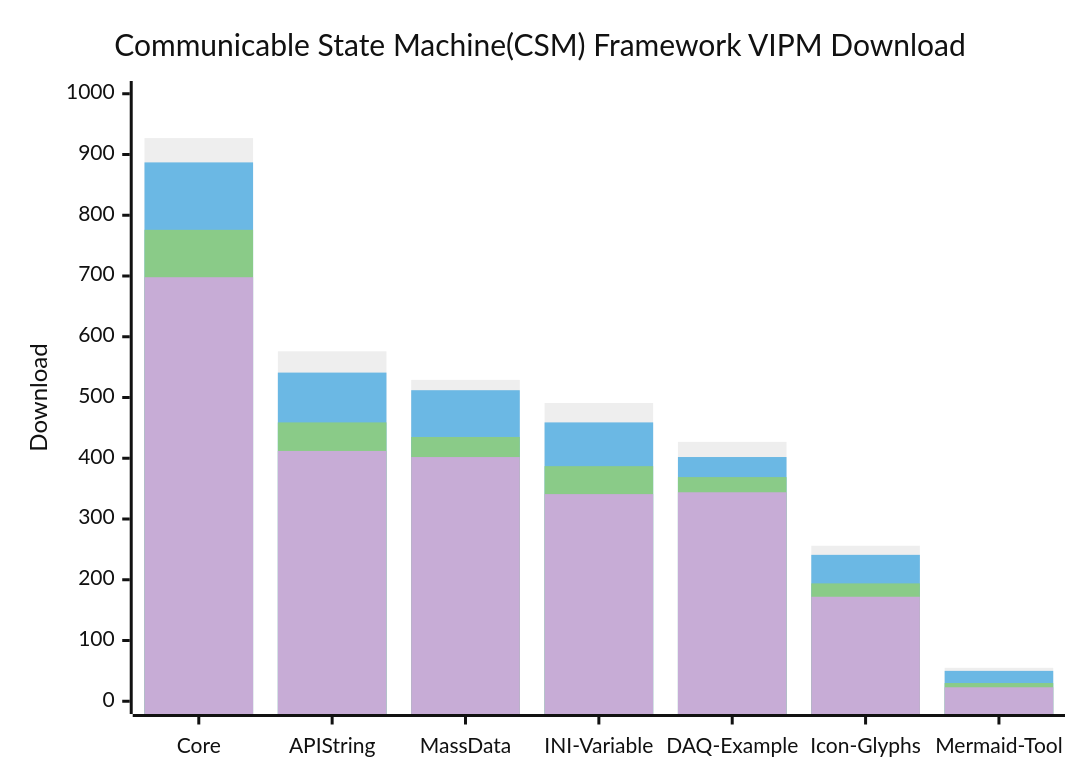
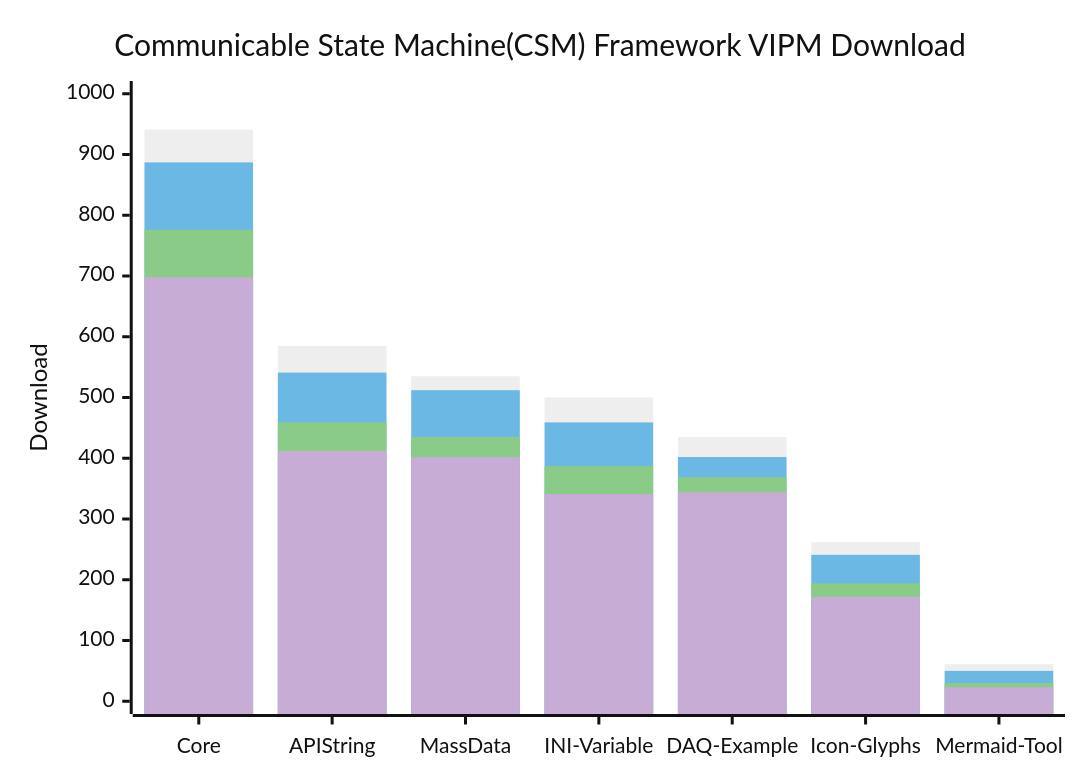
One commit to NEVSTOP-LAB/.github changed the diagram in profile/README.md. Above: the diagram before and after it, drawn with Mermaid (neutral theme).

````diff
--- a/profile/README.md
+++ b/profile/README.md
@@ -27,10 +27,10 @@
 ```mermaid
     xychart-beta
     title "Communicable State Machine(CSM) Framework VIPM Download"
     x-axis [Core, API String, MassData, INI-Variable, DAQ-Example, Icon-Glyphs, Mermaid-Tool]
     y-axis "Download" 0 --> 1000
-    bar   [927, 576, 529, 491, 427, 256, 55]
+    bar   [941, 585, 535, 500, 435, 262, 61]
     bar   [887, 541, 512, 459, 402, 241, 50]
     bar   [776, 459, 435, 387, 369, 194, 30]
     bar   [698, 412, 402, 341, 344, 172, 23]
 ```
````
